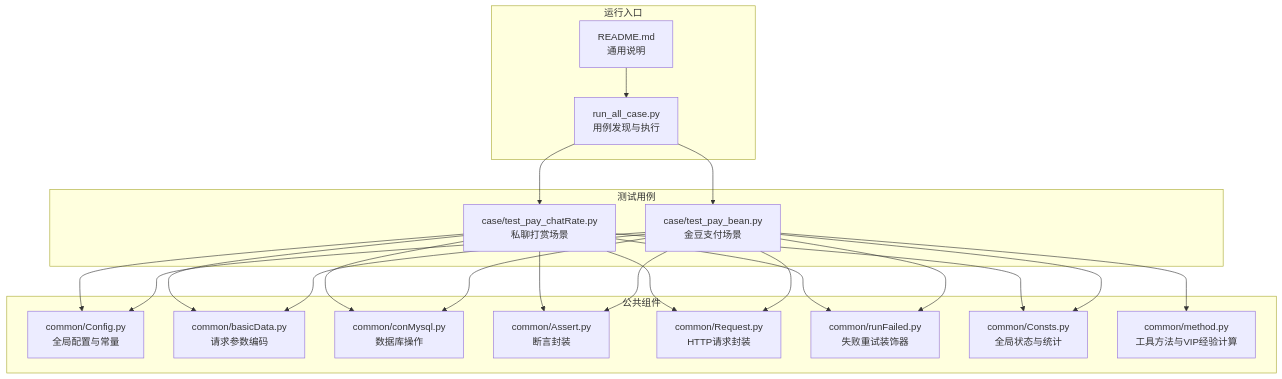
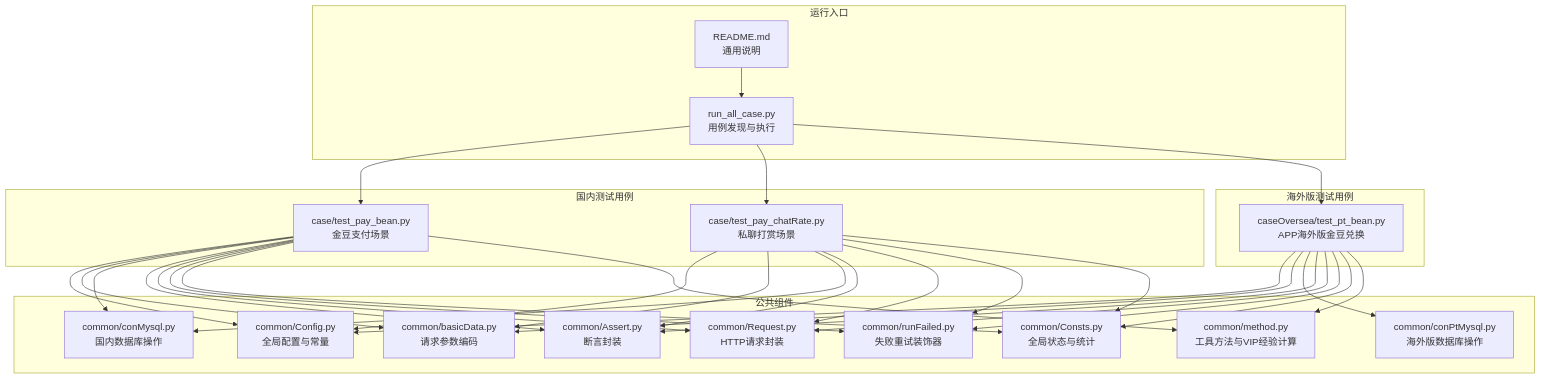
Before and after one commit to liximing1-ola/qa-payTest: the first of 6 diagrams in .qoder/repowiki/zh/content/支付测试用例/金豆支付测试.md, drawn with Mermaid. The commit also changed other lines of this file and 5 other files, not shown here.

````diff
--- a/.qoder/repowiki/zh/content/支付测试用例/金豆支付测试.md
+++ b/.qoder/repowiki/zh/content/支付测试用例/金豆支付测试.md
@@ -54,39 +59,52 @@
 ```mermaid
 graph TB
-subgraph "测试用例"
+subgraph "国内测试用例"
 T1["case/test_pay_bean.py<br/>金豆支付场景"]
 T2["case/test_pay_chatRate.py<br/>私聊打赏场景"]
+end
+subgraph "海外版测试用例"
+T3["caseOversea/test_pt_bean.py<br/>APP海外版金豆兑换"]
 end
 subgraph "公共组件"
 C1["common/Config.py<br/>全局配置与常量"]
 C2["common/basicData.py<br/>请求参数编码"]
-C3["common/conMysql.py<br/>数据库操作"]
-C4["common/Assert.py<br/>断言封装"]
-C5["common/Request.py<br/>HTTP请求封装"]
-C6["common/runFailed.py<br/>失败重试装饰器"]
-C7["common/Consts.py<br/>全局状态与统计"]
-C8["common/method.py<br/>工具方法与VIP经验计算"]
+C3["common/conMysql.py<br/>国内数据库操作"]
+C4["common/conPtMysql.py<br/>海外版数据库操作"]
+C5["common/Assert.py<br/>断言封装"]
+C6["common/Request.py<br/>HTTP请求封装"]
+C7["common/runFailed.py<br/>失败重试装饰器"]
+C8["common/Consts.py<br/>全局状态与统计"]
+C9["common/method.py<br/>工具方法与VIP经验计算"]
 end
 subgraph "运行入口"
 R1["run_all_case.py<br/>用例发现与执行"]
 R2["README.md<br/>通用说明"]
 end
 T1 --> C1
 T1 --> C2
 T1 --> C3
-T1 --> C4
 T1 --> C5
 T1 --> C6
 T1 --> C7
 T1 --> C8
+T1 --> C9
 T2 --> C1
 T2 --> C2
 T2 --> C3
-T2 --> C4
 T2 --> C5
 T2 --> C6
 T2 --> C7
+T2 --> C8
+T3 --> C1
+T3 --> C2
+T3 --> C4
+T3 --> C5
+T3 --> C6
+T3 --> C7
+T3 --> C8
+T3 --> C9
 R1 --> T1
 R1 --> T2
+R1 --> T3
 R2 --> R1
 ```
````
